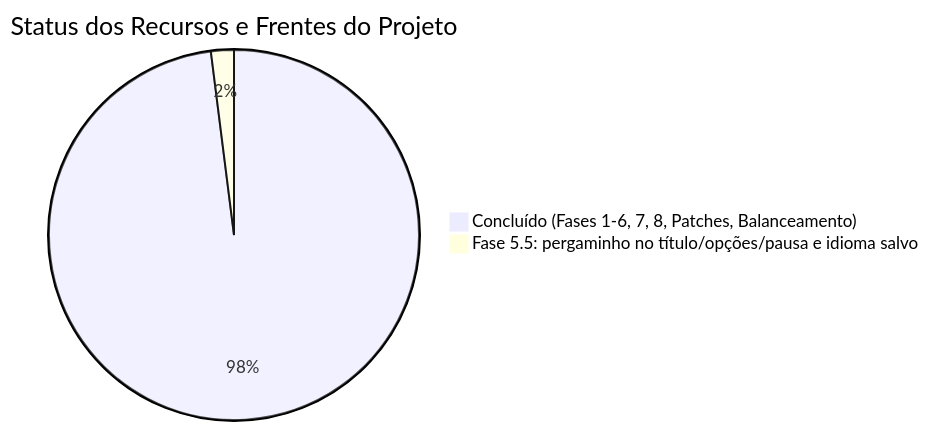
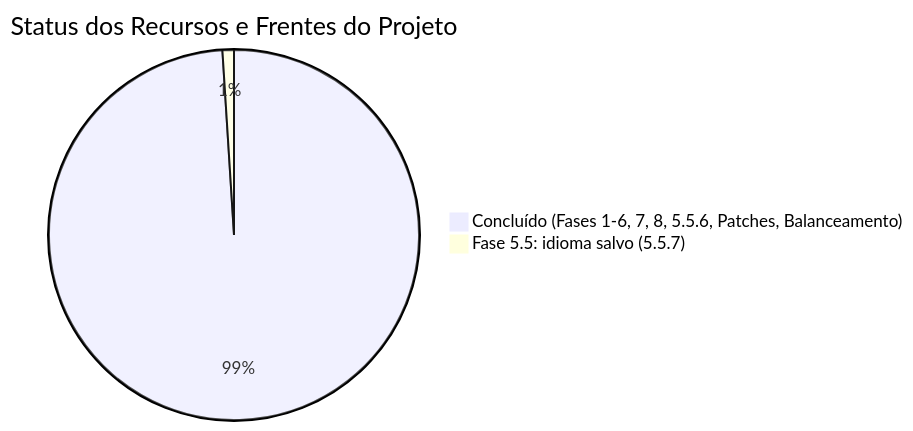
The diagram in docs/ROADMAP.md (colletes/samurai-edge-demake), drawn with Mermaid before and after one commit. The commit also changed other lines of this file and 217 other files, not shown here.

````diff
--- a/docs/ROADMAP.md
+++ b/docs/ROADMAP.md
@@ -11,5 +11,5 @@
 ```mermaid
 pie title Status dos Recursos e Frentes do Projeto
-    "Concluído (Fases 1-6, 7, 8, Patches, Balanceamento)" : 98
-    "Fase 5.5: pergaminho no título/opções/pausa e idioma salvo" : 2
+    "Concluído (Fases 1-6, 7, 8, 5.5.6, Patches, Balanceamento)" : 99
+    "Fase 5.5: idioma salvo (5.5.7)" : 1
 ```
````
